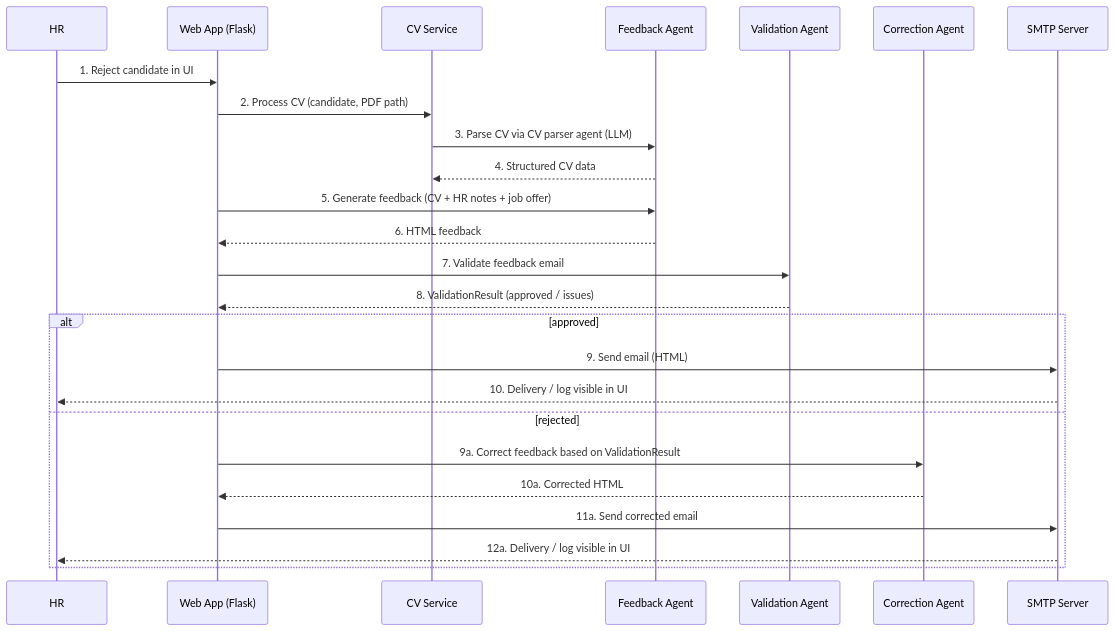
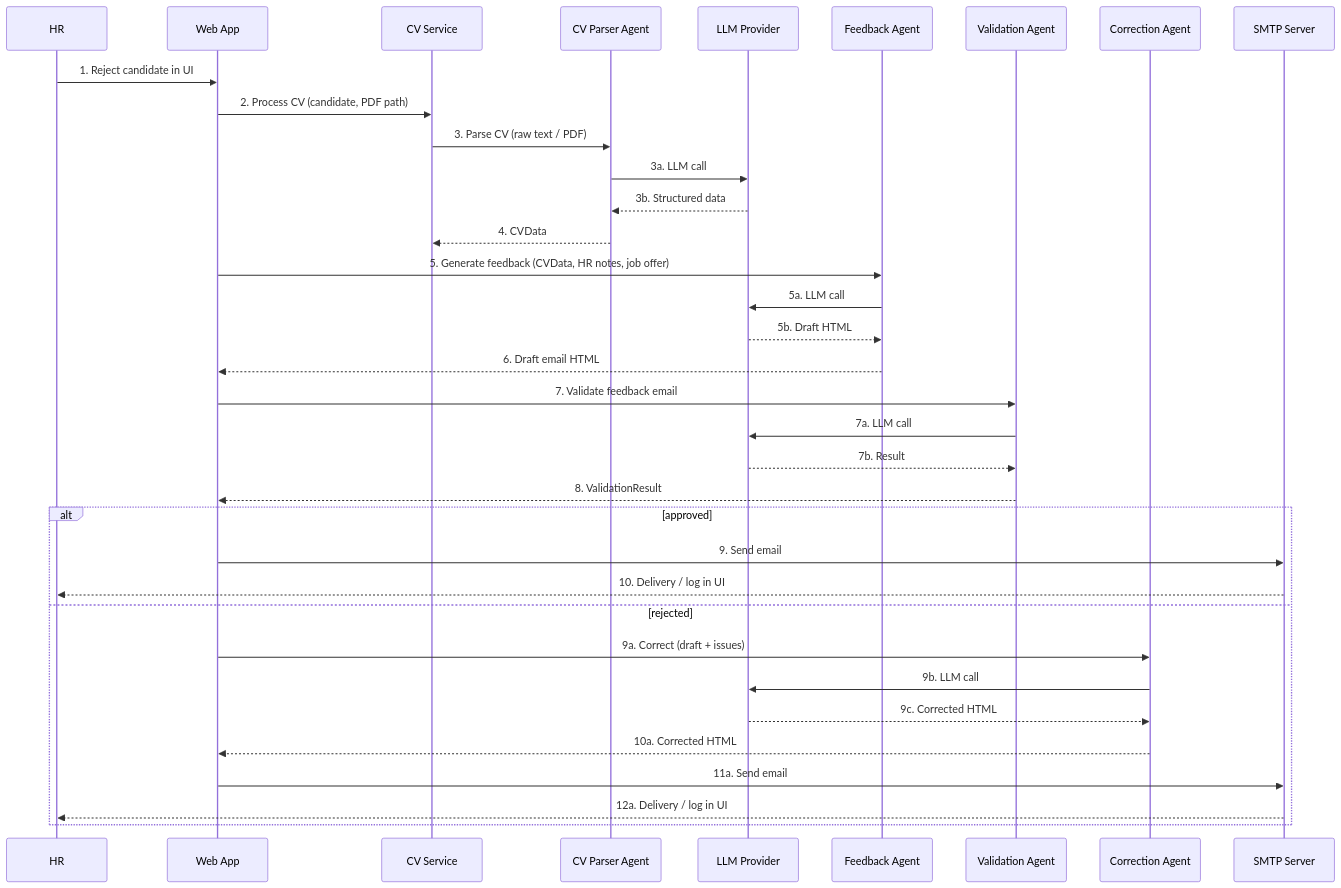
The first of 2 diagrams in docs/ARCHITECTURE_EN.md (Adam-Palacz/hr-ai-agent-design), drawn with Mermaid before and after one commit. The commit also changed other lines of this file and 4 other files, not shown here.

Commit message:
Added architecture - TODO

````diff
--- a/docs/ARCHITECTURE_EN.md
+++ b/docs/ARCHITECTURE_EN.md
@@ -198,28 +154,38 @@
 ```mermaid
 sequenceDiagram
     participant HR as HR
-    participant Web as Web App (Flask)
+    participant Web as Web App
     participant CVS as CV Service
+    participant CVP as CV Parser Agent
+    participant LLM as LLM Provider
     participant FBA as Feedback Agent
     participant VAL as Validation Agent
     participant COR as Correction Agent
     participant SMT as SMTP Server
 
     HR->>Web: 1. Reject candidate in UI
     Web->>CVS: 2. Process CV (candidate, PDF path)
-    CVS->>FBA: 3. Parse CV via CV parser agent (LLM)
-    FBA-->>CVS: 4. Structured CV data
-    Web->>FBA: 5. Generate feedback (CV + HR notes + job offer)
-    FBA-->>Web: 6. HTML feedback
+    CVS->>CVP: 3. Parse CV (raw text / PDF)
+    CVP->>LLM: 3a. LLM call
+    LLM-->>CVP: 3b. Structured data
+    CVP-->>CVS: 4. CVData
+    Web->>FBA: 5. Generate feedback (CVData, HR notes, job offer)
+    FBA->>LLM: 5a. LLM call
+    LLM-->>FBA: 5b. Draft HTML
+    FBA-->>Web: 6. Draft email HTML
     Web->>VAL: 7. Validate feedback email
-    VAL-->>Web: 8. ValidationResult (approved / issues)
+    VAL->>LLM: 7a. LLM call
+    LLM-->>VAL: 7b. Result
+    VAL-->>Web: 8. ValidationResult
     alt approved
-        Web->>SMT: 9. Send email (HTML)
-        SMT-->>HR: 10. Delivery / log visible in UI
+        Web->>SMT: 9. Send email
+        SMT-->>HR: 10. Delivery / log in UI
     else rejected
-        Web->>COR: 9a. Correct feedback based on ValidationResult
+        Web->>COR: 9a. Correct (draft + issues)
+        COR->>LLM: 9b. LLM call
+        LLM-->>COR: 9c. Corrected HTML
         COR-->>Web: 10a. Corrected HTML
-        Web->>SMT: 11a. Send corrected email
-        SMT-->>HR: 12a. Delivery / log visible in UI
+        Web->>SMT: 11a. Send email
+        SMT-->>HR: 12a. Delivery / log in UI
     end
 ```
````
